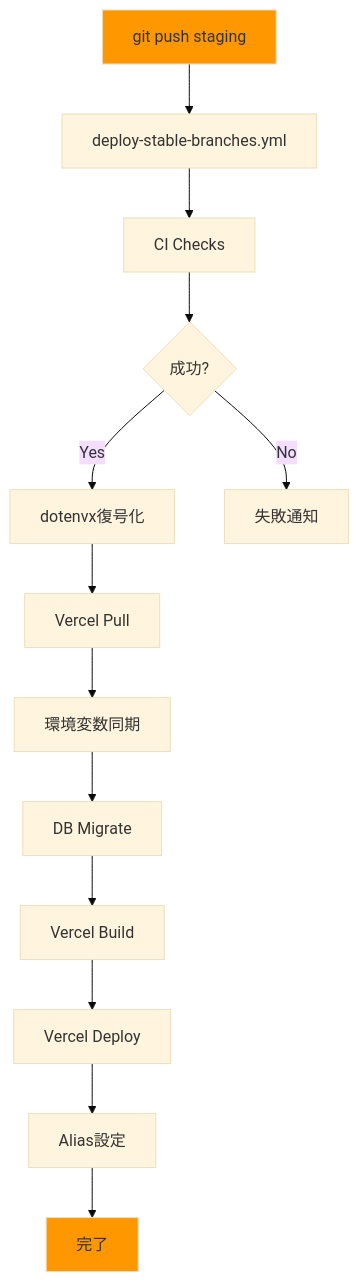
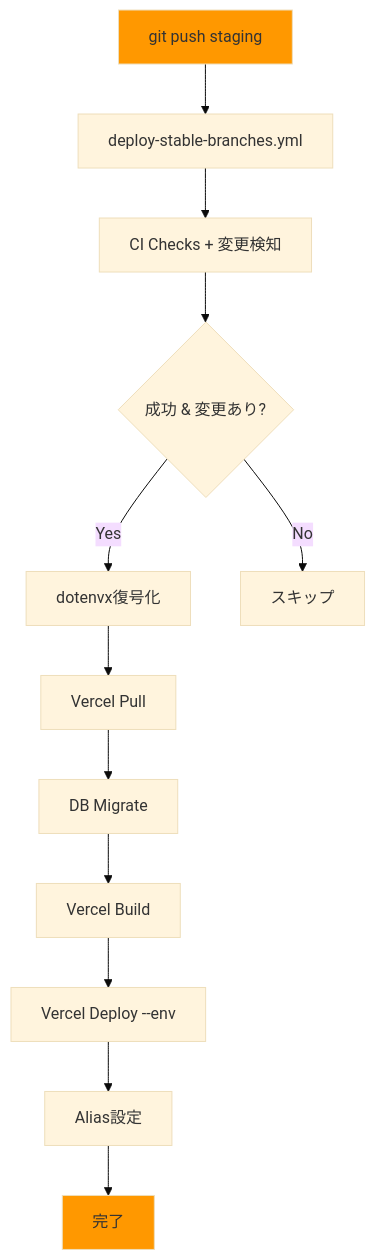
The ninth of 12 diagrams in docs/einja/steering/infrastructure/deployment.md (einja-inc/einja-management-template), drawn with Mermaid (base theme) before and after one commit. The commit also changed other lines of this file and 28 other files, not shown here.

````diff
--- a/docs/einja/steering/infrastructure/deployment.md
+++ b/docs/einja/steering/infrastructure/deployment.md
@@ -443,18 +443,17 @@
 ```mermaid
 flowchart TD
     A[git push staging] --> B[deploy-stable-branches.yml]
-    B --> C[CI Checks]
-    C --> D{成功?}
+    B --> C[CI Checks + 変更検知]
+    C --> D{成功 & 変更あり?}
     D -->|Yes| E[dotenvx復号化]
-    D -->|No| X[失敗通知]
+    D -->|No| X[スキップ]
     E --> F[Vercel Pull]
-    F --> G[環境変数同期]
-    G --> H[DB Migrate]
-    H --> I[Vercel Build]
-    I --> J[Vercel Deploy]
-    J --> K[Alias設定]
-    K --> L[完了]
+    F --> G[DB Migrate]
+    G --> H[Vercel Build]
+    H --> I[Vercel Deploy --env]
+    I --> J[Alias設定]
+    J --> K[完了]
 
     style A fill:#FF9800
-    style L fill:#FF9800
+    style K fill:#FF9800
 ```
````
